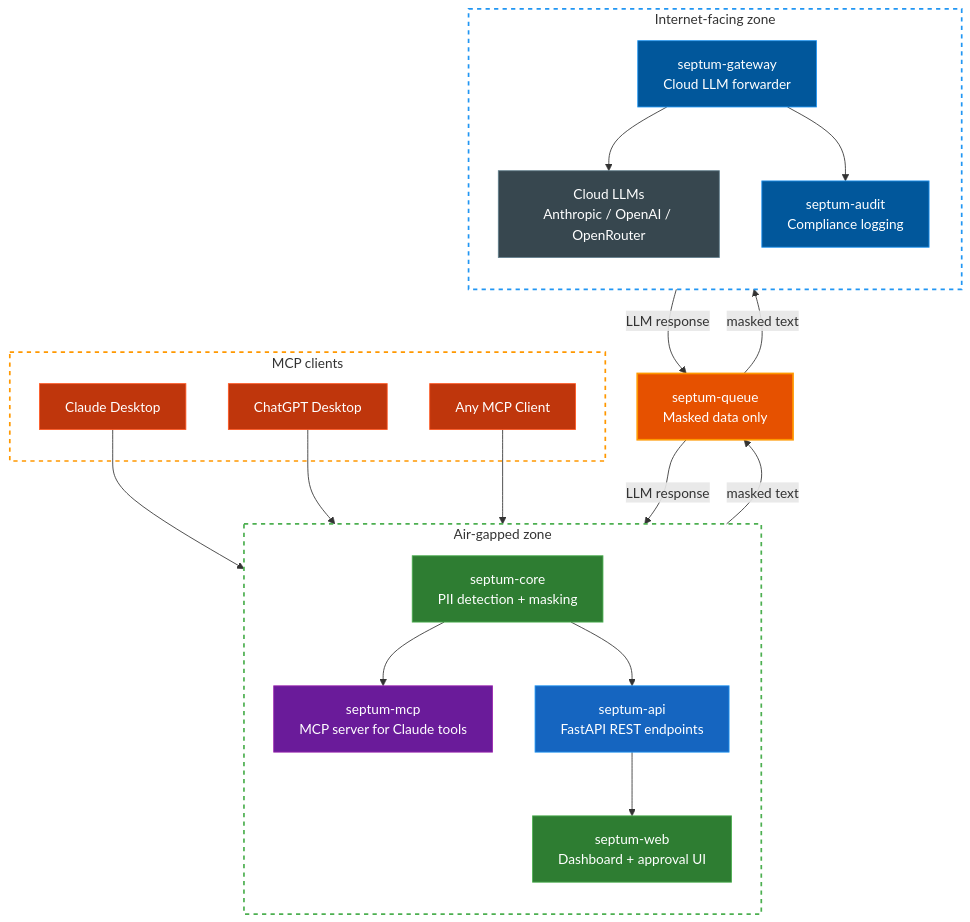
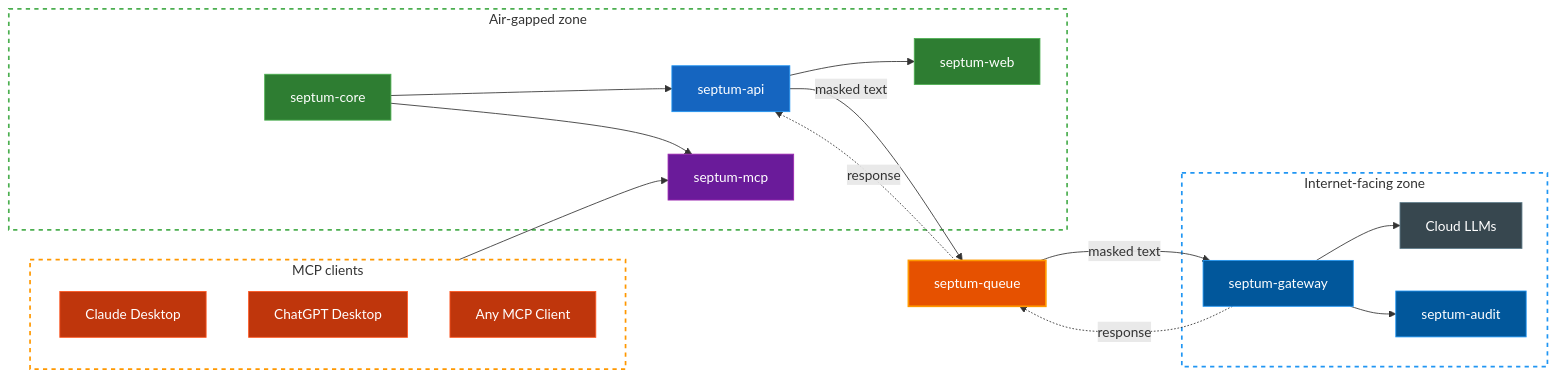
Before and after one commit to byerlikaya/Septum: the fifth of 5 diagrams in README.md, drawn with Mermaid. The commit also changed 1 other file, not shown here.

Commit message:
docs: compact architecture diagram to horizontal layout

````diff
--- a/README.md
+++ b/README.md
@@ -653,56 +653,33 @@
 ```mermaid
-graph TB
+graph LR
     subgraph AIRGAP["Air-gapped zone"]
-        direction TB
-        CORE["septum-core\nPII detection + masking"]
-        MCP["septum-mcp\nMCP server for Claude tools"]
-        API["septum-api\nFastAPI REST endpoints"]
-        WEB["septum-web\nDashboard + approval UI"]
-
-        CORE --> MCP
-        CORE --> API
-        API --> WEB
+        CORE["septum-core"] --> API["septum-api"]
+        CORE --> MCP["septum-mcp"]
+        API --> WEB["septum-web"]
     end
-
     subgraph INTERNET["Internet-facing zone"]
-        direction TB
-        GW["septum-gateway\nCloud LLM forwarder"]
-        AUDIT["septum-audit\nCompliance logging"]
-        CLOUD["Cloud LLMs\nAnthropic / OpenAI / OpenRouter"]
-
-        GW --> CLOUD
-        GW --> AUDIT
+        GW["septum-gateway"] --> CLOUD["Cloud LLMs"]
+        GW --> AUDIT["septum-audit"]
     end
-
     subgraph CLIENTS["MCP clients"]
-        CD["Claude Desktop"]
-        CHATGPT["ChatGPT Desktop"]
-        OTHER["Any MCP Client"]
+        CD["Claude Desktop"] & CHATGPT["ChatGPT Desktop"] & OTHER["Any MCP Client"]
     end
-
-    QUEUE["septum-queue\nMasked data only"]
-
-    API -- "masked text" --> QUEUE
-    QUEUE -- "masked text" --> GW
-    GW -- "LLM response" --> QUEUE
-    QUEUE -- "LLM response" --> API
-
-    CD --> MCP
-    CHATGPT --> MCP
-    OTHER --> MCP
+    API -- "masked text" --> QUEUE["septum-queue"] -- "masked text" --> GW
+    GW -. "response" .-> QUEUE -. "response" .-> API
+    CLIENTS --> MCP
 
     style AIRGAP fill:none,stroke:#4CAF50,stroke-width:2,stroke-dasharray: 5 5
     style INTERNET fill:none,stroke:#2196F3,stroke-width:2,stroke-dasharray: 5 5
     style CLIENTS fill:none,stroke:#FF9800,stroke-width:2,stroke-dasharray: 5 5
     style QUEUE fill:#E65100,color:#fff,stroke:#FF9800,stroke-width:2
     style CORE fill:#2E7D32,color:#fff,stroke:#4CAF50
     style MCP fill:#6A1B9A,color:#fff,stroke:#9C27B0
     style API fill:#1565C0,color:#fff,stroke:#2196F3
     style WEB fill:#2E7D32,color:#fff,stroke:#4CAF50
     style GW fill:#01579B,color:#fff,stroke:#2196F3
     style AUDIT fill:#01579B,color:#fff,stroke:#2196F3
     style CLOUD fill:#37474F,color:#fff,stroke:#607D8B
     style CD fill:#BF360C,color:#fff,stroke:#FF5722
     style CHATGPT fill:#BF360C,color:#fff,stroke:#FF5722
     style OTHER fill:#BF360C,color:#fff,stroke:#FF5722
 ```
````
